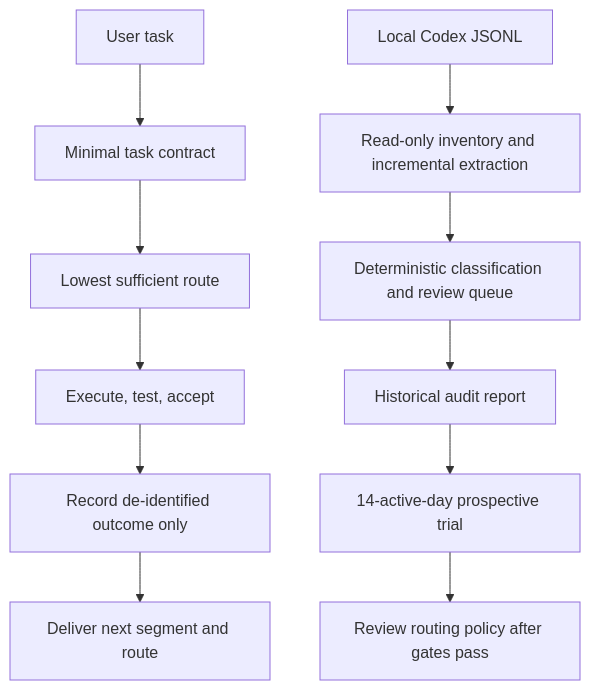
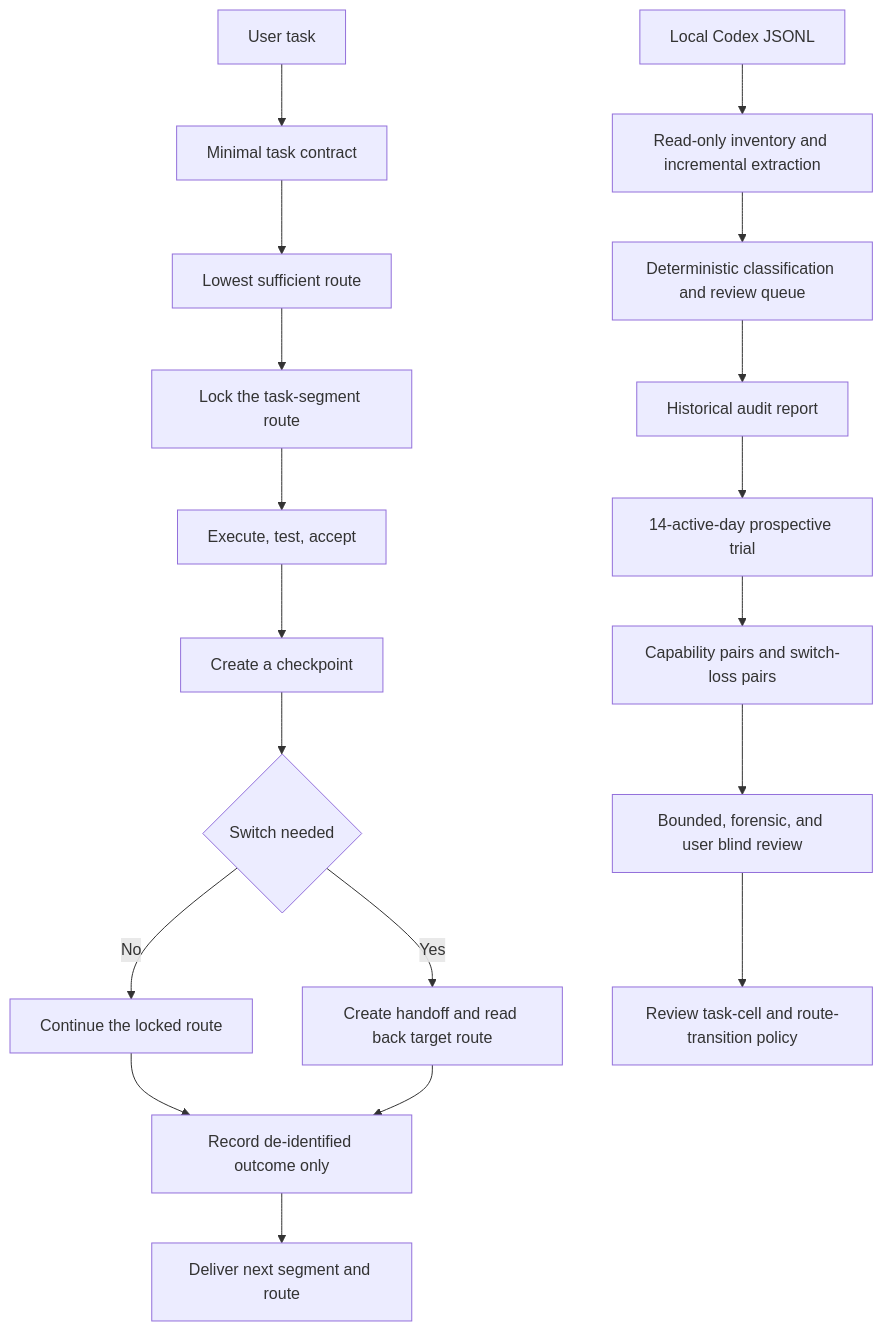
The diagram in README.en.md (AIALRA-0/model-effort-router), drawn with Mermaid before and after one commit. The commit also changed other lines of this file and 32 other files, not shown here.

````diff
--- a/README.en.md
+++ b/README.en.md
@@ -32,13 +35,21 @@
 ```mermaid
 flowchart TD
     A[User task] --> B[Minimal task contract]
     B --> C[Lowest sufficient route]
-    C --> D[Execute, test, accept]
-    D --> E[Record de-identified outcome only]
-    E --> F[Deliver next segment and route]
-    G[Local Codex JSONL] --> H[Read-only inventory and incremental extraction]
-    H --> I[Deterministic classification and review queue]
-    I --> J[Historical audit report]
-    J --> K[14-active-day prospective trial]
-    K --> L[Review routing policy after gates pass]
+    C --> D[Lock the task-segment route]
+    D --> E[Execute, test, accept]
+    E --> F[Create a checkpoint]
+    F --> G{Switch needed}
+    G -- No --> H[Continue the locked route]
+    G -- Yes --> I[Create handoff and read back target route]
+    H --> J[Record de-identified outcome only]
+    I --> J
+    J --> K[Deliver next segment and route]
+    L[Local Codex JSONL] --> M[Read-only inventory and incremental extraction]
+    M --> N[Deterministic classification and review queue]
+    N --> O[Historical audit report]
+    O --> P[14-active-day prospective trial]
+    P --> Q[Capability pairs and switch-loss pairs]
+    Q --> R[Bounded, forensic, and user blind review]
+    R --> S[Review task-cell and route-transition policy]
 ```
````
